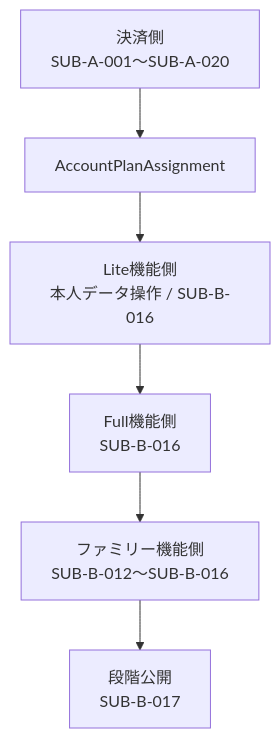
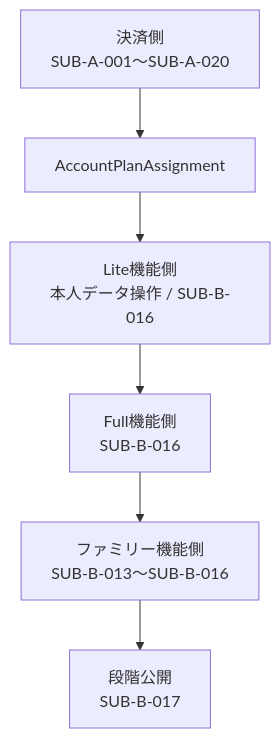
The third of 3 diagrams in docs/development/subscription-remaining-tasks.md (kkyosuke/me-builder), drawn with Mermaid before and after one commit. The commit also changed other lines of this file and 12 other files, not shown here.

````diff
--- a/docs/development/subscription-remaining-tasks.md
+++ b/docs/development/subscription-remaining-tasks.md
@@ -99,8 +99,8 @@
 ```mermaid
 flowchart TD
     A[決済側<br/>SUB-A-001〜SUB-A-020] --> I[AccountPlanAssignment]
     I --> L[Lite機能側<br/>本人データ操作 / SUB-B-016]
     L --> U[Full機能側<br/>SUB-B-016]
-    U --> F[ファミリー機能側<br/>SUB-B-012〜SUB-B-016]
+    U --> F[ファミリー機能側<br/>SUB-B-013〜SUB-B-016]
     F --> R[段階公開<br/>SUB-B-017]
 ```
````
